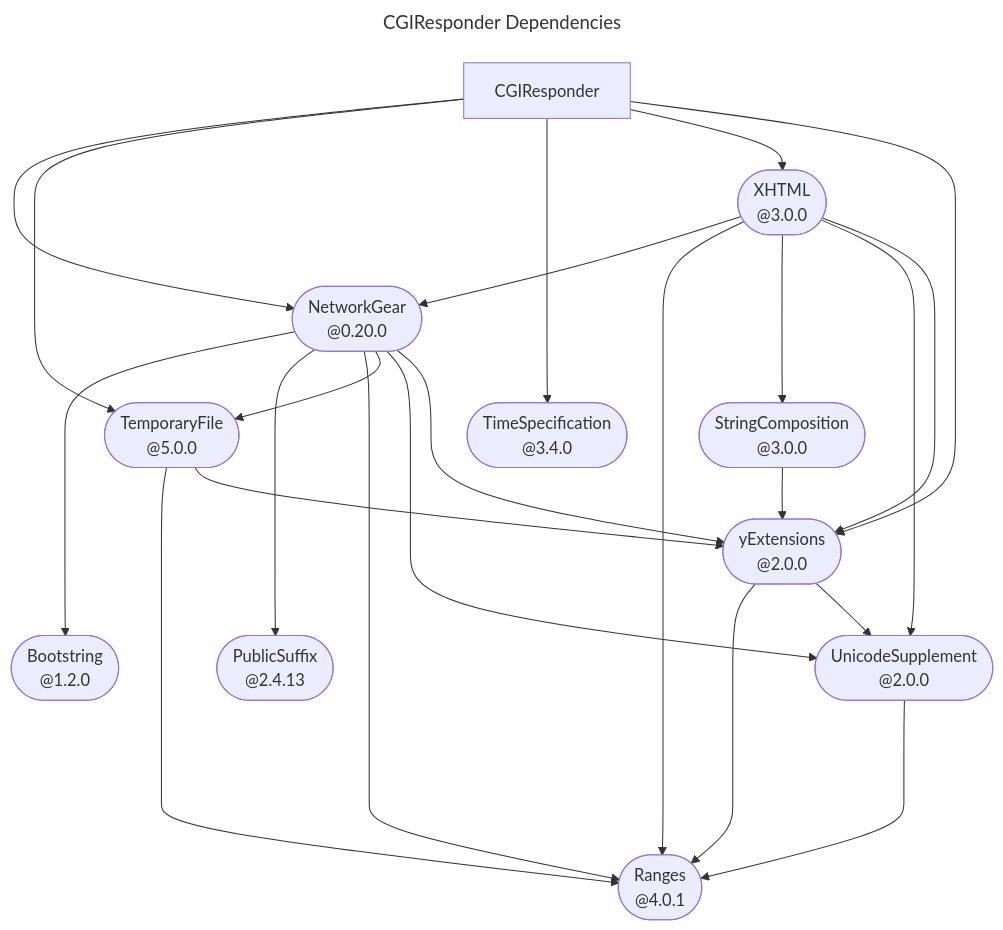
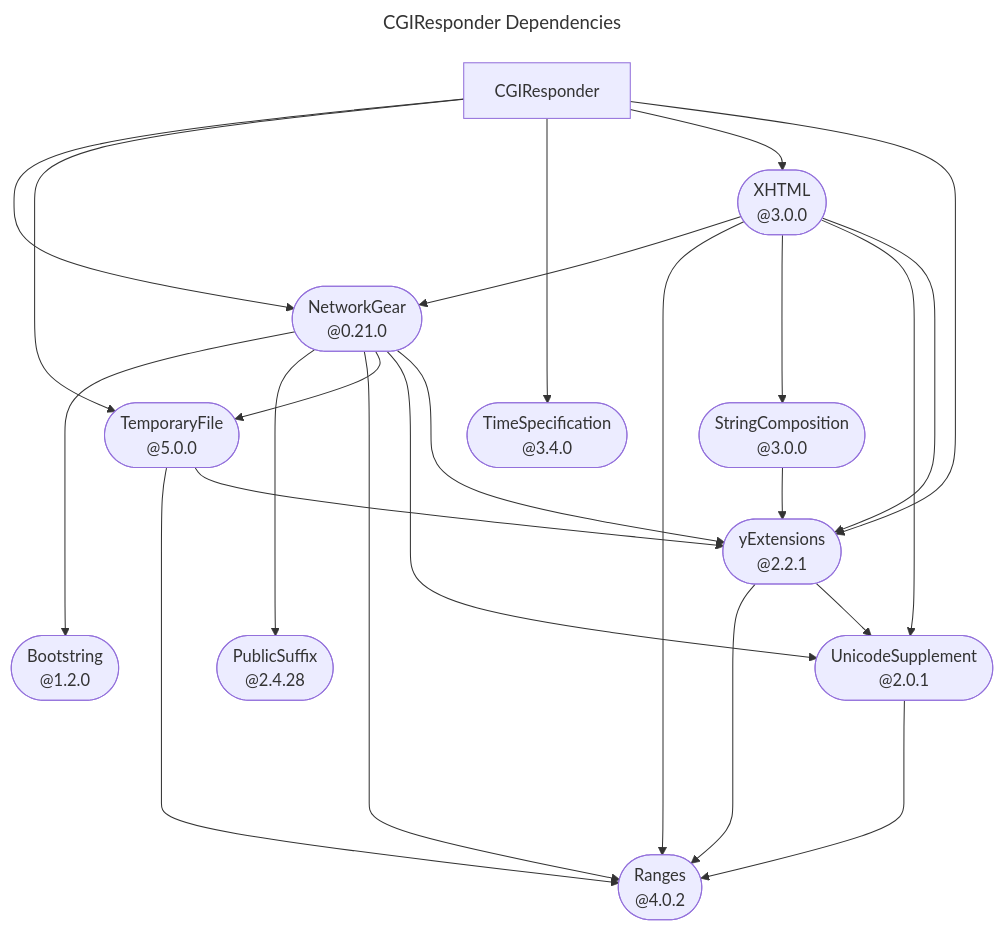
Before and after one commit to YOCKOW/SwiftCGIResponder: the diagram in README.md, drawn with Mermaid.

Commit message:
Update "./README.md".
This commit is done by the workflow in [SwiftPackageHelperTools](https://GitHub.com/YOCKOW/SwiftPackageHelperTools.git).
- UUID: 009a9b9d-7045-4eac-8125-c4578eb5ea33
- Date: 2026-07-09 06:15:24+0000

````diff
--- a/README.md
+++ b/README.md
@@ -15,53 +15,53 @@
 ```mermaid
 ---
 title: CGIResponder Dependencies
 ---
 flowchart TD
   swiftbootstring(["Bootstring<br>@1.2.0"])
   swiftcgiresponder["CGIResponder"]
-  swiftnetworkgear(["NetworkGear<br>@0.20.0"])
-  swiftpublicsuffix(["PublicSuffix<br>@2.4.13"])
-  swiftranges(["Ranges<br>@4.0.1"])
+  swiftnetworkgear(["NetworkGear<br>@0.21.0"])
+  swiftpublicsuffix(["PublicSuffix<br>@2.4.28"])
+  swiftranges(["Ranges<br>@4.0.2"])
   swiftstringcomposition(["StringComposition<br>@3.0.0"])
   swifttemporaryfile(["TemporaryFile<br>@5.0.0"])
   swifttimespecification(["TimeSpecification<br>@3.4.0"])
-  swiftunicodesupplement(["UnicodeSupplement<br>@2.0.0"])
+  swiftunicodesupplement(["UnicodeSupplement<br>@2.0.1"])
   swiftxhtml(["XHTML<br>@3.0.0"])
-  yswiftextensions(["yExtensions<br>@2.0.0"])
+  yswiftextensions(["yExtensions<br>@2.2.1"])
 
   click swiftbootstring href "https://github.com/YOCKOW/SwiftBootstring.git"
   click swiftnetworkgear href "https://github.com/YOCKOW/SwiftNetworkGear.git"
   click swiftpublicsuffix href "https://github.com/YOCKOW/SwiftPublicSuffix.git"
   click swiftranges href "https://github.com/YOCKOW/SwiftRanges.git"
   click swiftstringcomposition href "https://github.com/YOCKOW/SwiftStringComposition.git"
   click swifttemporaryfile href "https://github.com/YOCKOW/SwiftTemporaryFile.git"
   click swifttimespecification href "https://github.com/YOCKOW/SwiftTimeSpecification.git"
   click swiftunicodesupplement href "https://github.com/YOCKOW/SwiftUnicodeSupplement.git"
   click swiftxhtml href "https://github.com/YOCKOW/SwiftXHTML.git"
   click yswiftextensions href "https://github.com/YOCKOW/ySwiftExtensions.git"
 
   swiftcgiresponder --> swiftnetworkgear
   swiftcgiresponder --> swifttemporaryfile
   swiftcgiresponder ----> swifttimespecification
   swiftcgiresponder --> swiftxhtml
   swiftcgiresponder --> yswiftextensions
   swiftnetworkgear ----> swiftbootstring
   swiftnetworkgear ----> swiftpublicsuffix
   swiftnetworkgear ----> swiftranges
   swiftnetworkgear --> swifttemporaryfile
   swiftnetworkgear --> swiftunicodesupplement
   swiftnetworkgear --> yswiftextensions
   swiftstringcomposition --> yswiftextensions
   swifttemporaryfile ----> swiftranges
   swifttemporaryfile --> yswiftextensions
   swiftunicodesupplement ----> swiftranges
   swiftxhtml --> swiftnetworkgear
   swiftxhtml ----> swiftranges
   swiftxhtml --> swiftstringcomposition
   swiftxhtml --> swiftunicodesupplement
   swiftxhtml --> yswiftextensions
   yswiftextensions ----> swiftranges
   yswiftextensions --> swiftunicodesupplement
 
 
 ```
````
